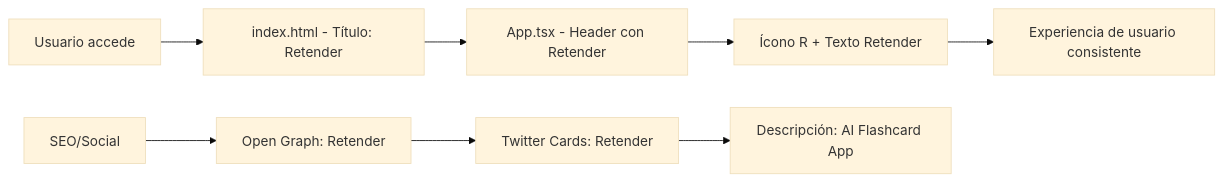
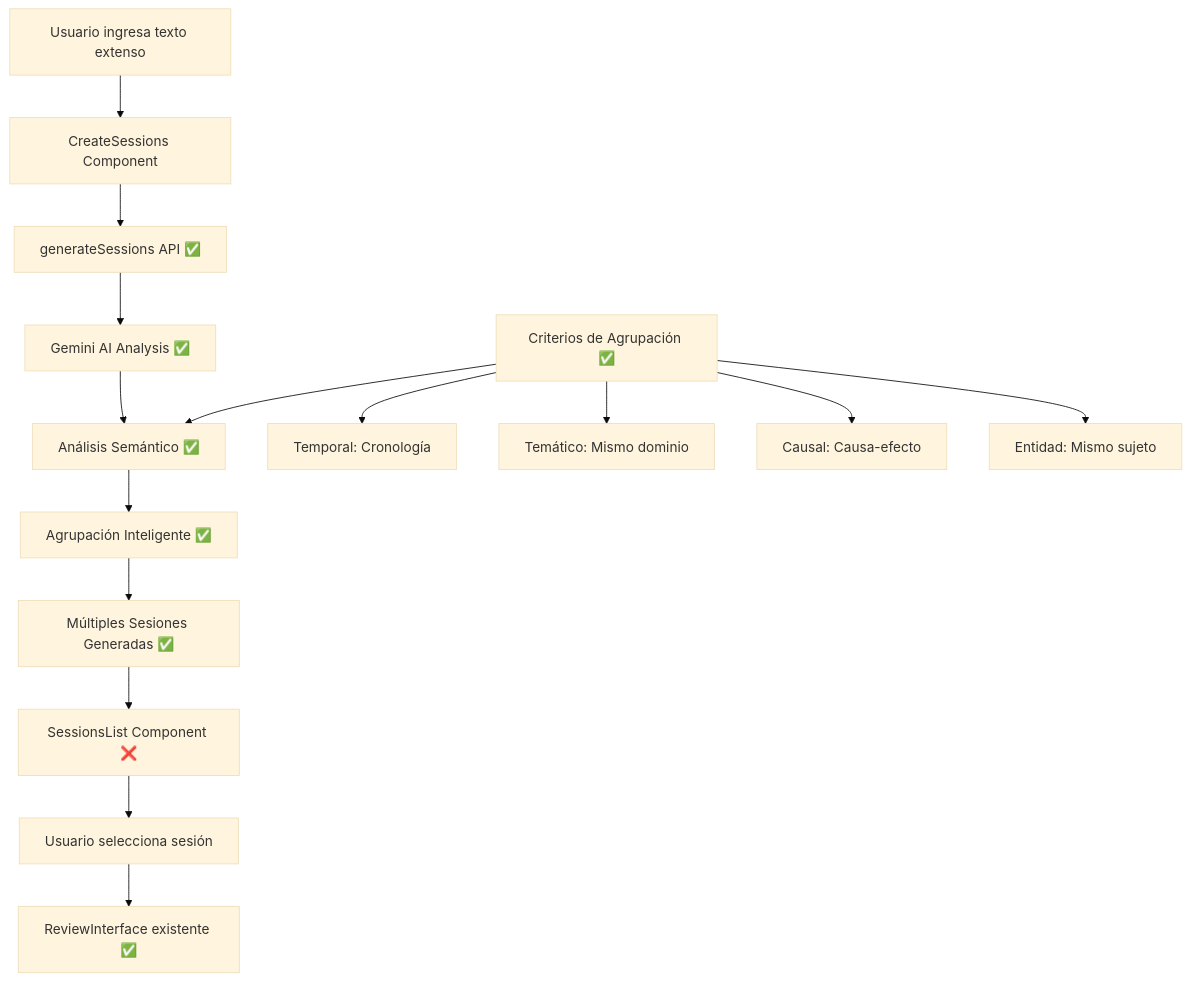
The second of 3 diagrams in docs/prd.md (Tobarrientos2/retender), drawn with Mermaid (base theme) before and after one commit. The commit also changed other lines of this file and 15 other files, not shown here.

````diff
--- a/docs/prd.md
+++ b/docs/prd.md
@@ -86,11 +106,18 @@
 ```mermaid
-flowchart LR
-    A[Usuario accede] --> B[index.html - Título: Retender]
-    B --> C[App.tsx - Header con Retender]
-    C --> D[Ícono R + Texto Retender]
-    D --> E[Experiencia de usuario consistente]
-    
-    F[SEO/Social] --> G[Open Graph: Retender]
-    G --> H[Twitter Cards: Retender]
-    H --> I[Descripción: AI Flashcard App]
+flowchart TD
+    A[Usuario ingresa texto extenso] --> B[CreateSessions Component]
+    B --> C[generateSessions API ✅]
+    C --> D[Gemini AI Analysis ✅]
+    D --> E[Análisis Semántico ✅]
+    E --> F[Agrupación Inteligente ✅]
+    F --> G[Múltiples Sesiones Generadas ✅]
+    G --> H[SessionsList Component ❌]
+    H --> I[Usuario selecciona sesión]
+    I --> J[ReviewInterface existente ✅]
+
+    K[Criterios de Agrupación ✅] --> E
+    K --> L[Temporal: Cronología]
+    K --> M[Temático: Mismo dominio]
+    K --> N[Causal: Causa-efecto]
+    K --> O[Entidad: Mismo sujeto]
 ```
````
